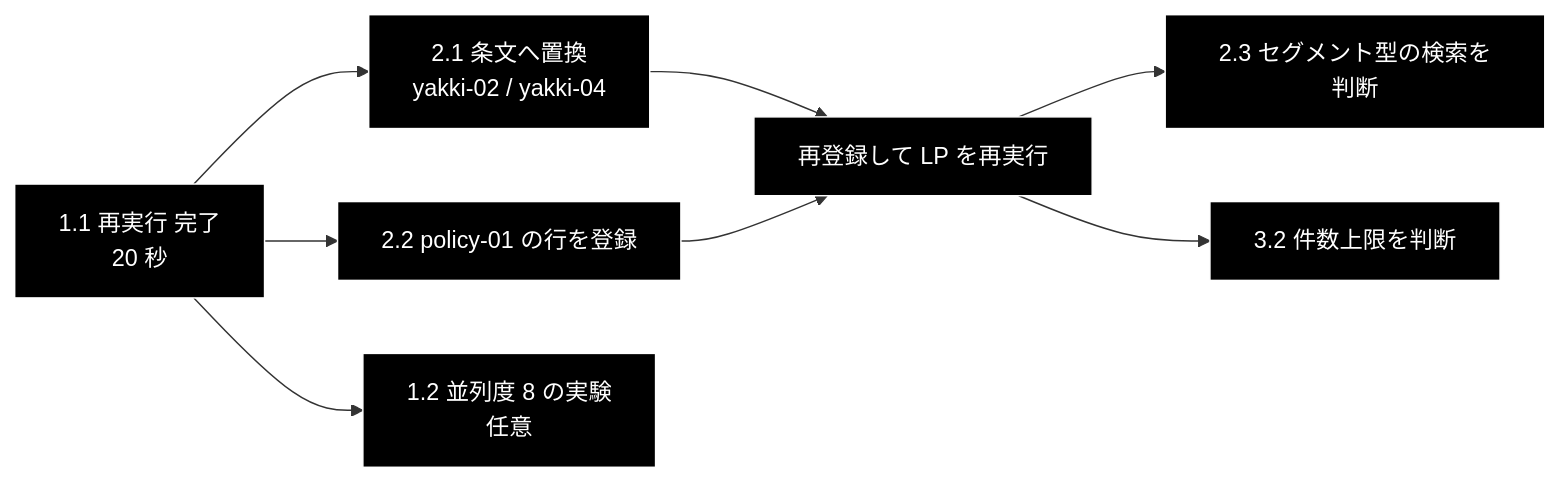
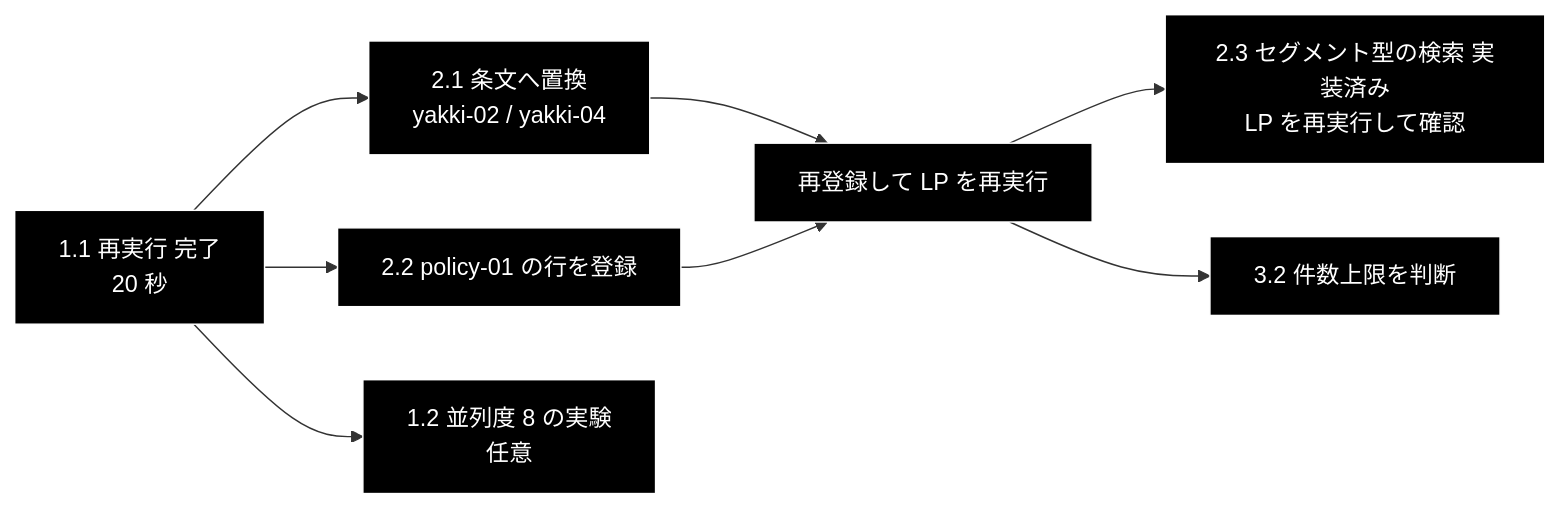
The diagram in docs/review_rag_rules_todo.md (nakashima2toshio/grace_v2), drawn with Mermaid before and after one commit. The commit also changed other lines of this file and 4 other files, not shown here.

````diff
--- a/docs/review_rag_rules_todo.md
+++ b/docs/review_rag_rules_todo.md
@@ -123,13 +140,13 @@
 ```mermaid
 flowchart LR
     A["1.1 再実行 完了<br>20 秒"] --> C["2.1 条文へ置換<br>yakki-02 / yakki-04"]
     A --> D["2.2 policy-01 の行を登録"]
     A --> B["1.2 並列度 8 の実験<br>任意"]
     C --> E["再登録して LP を再実行"]
     D --> E
-    E --> F["2.3 セグメント型の検索を判断"]
+    E --> F["2.3 セグメント型の検索 実装済み<br>LP を再実行して確認"]
     E --> G["3.2 件数上限を判断"]
 classDef default fill:#000,stroke:#fff,color:#fff
 classDef subgraphStyle fill:#1a1a1a,stroke:#fff,color:#fff
 class A,B,C,D,E,F,G default
 ```
````
